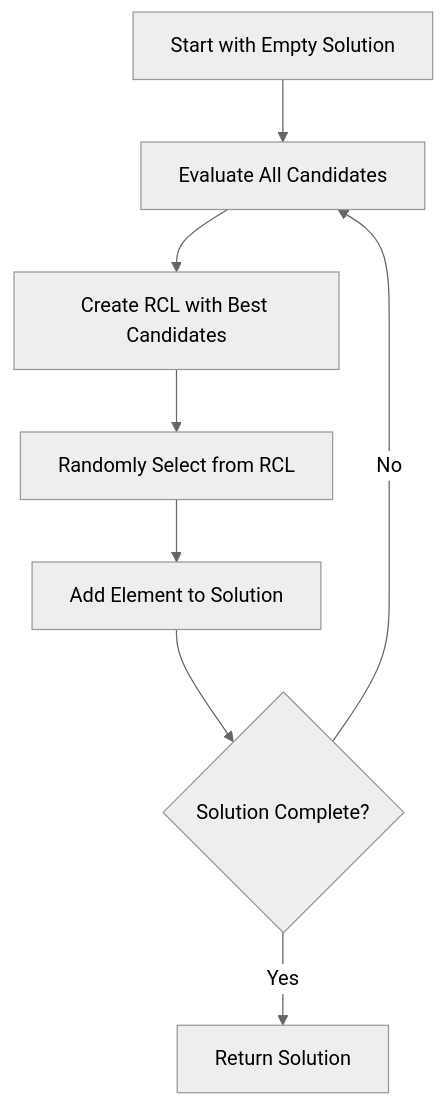
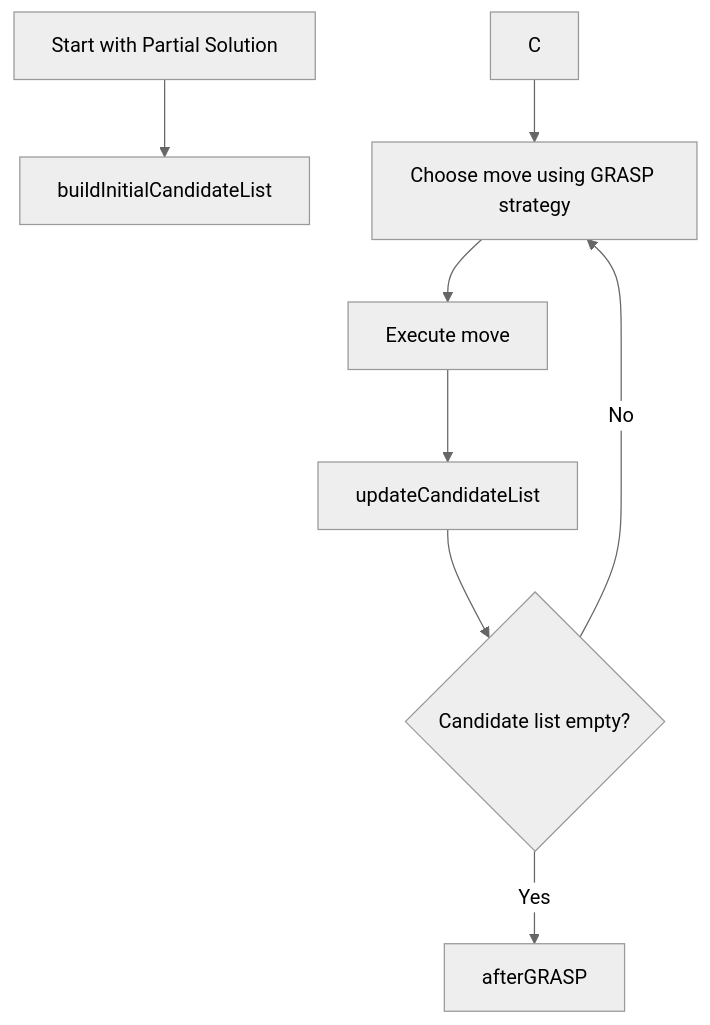
The diagram in docs/concepts/algorithm-components/constructors/grasp.md (mork-optimization/mork), drawn with Mermaid (neutral theme) before and after one commit. The commit also changed other lines of this file and 5 other files, not shown here.

````diff
--- a/docs/concepts/algorithm-components/constructors/grasp.md
+++ b/docs/concepts/algorithm-components/constructors/grasp.md
@@ -9,10 +7,10 @@
 ```mermaid
 graph TD
-    A[Start with Empty Solution] --> B[Evaluate All Candidates]
-    B --> C[Create RCL with Best Candidates]
-    C --> D[Randomly Select from RCL]
-    D --> E[Add Element to Solution]
-    E --> F{Solution Complete?}
-    F -->|No| B
-    F -->|Yes| G[Return Solution]
+    A[Start with Partial Solution] --> B[buildInitialCandidateList]
+    C --> D[Choose move using GRASP strategy]
+    D --> E[Execute move]
+    E --> F[updateCandidateList]
+    F --> G{Candidate list empty?}
+    G -->|No| D
+    G -->|Yes| H[afterGRASP]
 ```
````
